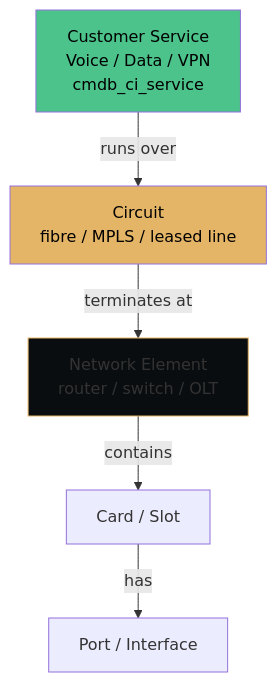
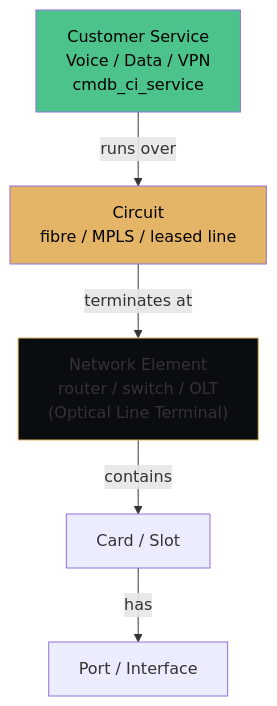
One commit to eltonaguiar/ServiceNow_Learning_TSOM-_CSM_FSM_SalesCRM_HAM_ITSM changed the second of 3 diagrams in docs/modules/tsom/tsom-guide.md. Above: the diagram before and after it, drawn with Mermaid. The commit also changed 1 other file, not shown here.

Commit message:
Expand OLT acronym to 'Optical Line Terminal' in Telecom CI Hierarchy diagram

````diff
--- a/docs/modules/tsom/tsom-guide.md
+++ b/docs/modules/tsom/tsom-guide.md
@@ -644,18 +644,18 @@
 ```mermaid
 graph TD
     svc["Customer Service<br/>Voice / Data / VPN<br/>cmdb_ci_service"]
     circuit["Circuit<br/>fibre / MPLS / leased line"]
-    ne["Network Element<br/>router / switch / OLT"]
+    ne["Network Element<br/>router / switch / OLT<br/>(Optical Line Terminal)"]
     card["Card / Slot"]
     port["Port / Interface"]
 
     svc -->|runs over| circuit
     circuit -->|terminates at| ne
     ne -->|contains| card
     card -->|has| port
 
     style svc fill:#4cc38a,color:#000
     style circuit fill:#e5b567,color:#000
     style ne fill:#0a0d10,stroke:#e5b567
 
 ```
````
